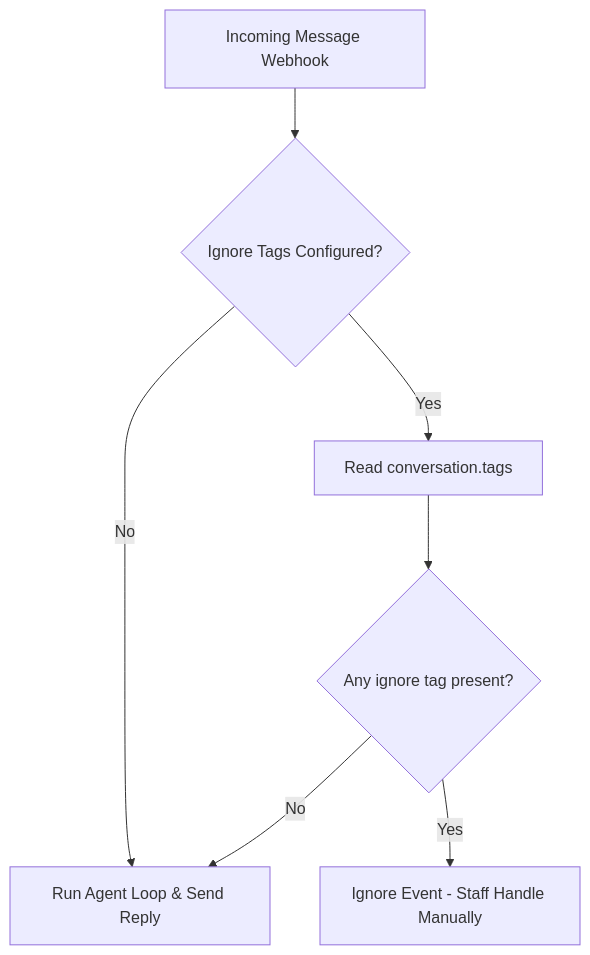
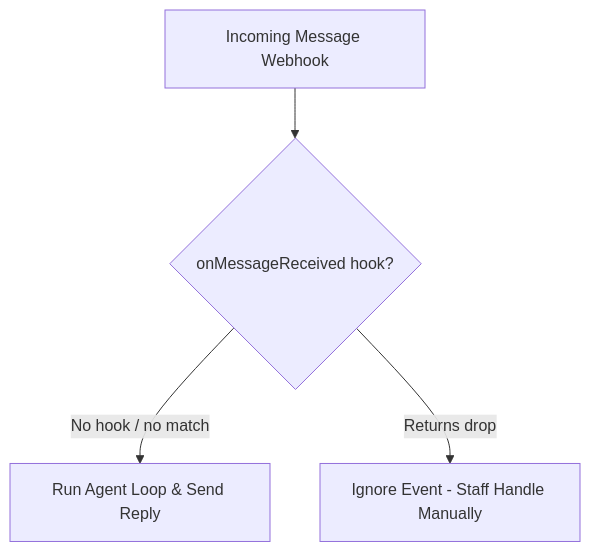
Before and after one commit to beeblastco/broods: the diagram in apps/docs/docs/channels/pancake.md, drawn with Mermaid. The commit also changed other lines of this file and 24 other files, not shown here.

````diff
--- a/apps/docs/docs/channels/pancake.md
+++ b/apps/docs/docs/channels/pancake.md
@@ -57,9 +73,6 @@
 ```mermaid
 flowchart TD
-    Webhook[Incoming Message Webhook] --> CheckHandoff{Ignore Tags Configured?}
-    CheckHandoff -- No --> ExecuteAgent[Run Agent Loop & Send Reply]
-    CheckHandoff -- Yes --> ReadTags[Read conversation.tags]
-    ReadTags --> HasTag{Any ignore tag present?}
-    HasTag -- No --> ExecuteAgent
-    HasTag -- Yes --> SkipAgent[Ignore Event - Staff Handle Manually]
+    Webhook[Incoming Message Webhook] --> Hook{onMessageReceived hook?}
+    Hook -- No hook / no match --> ExecuteAgent[Run Agent Loop & Send Reply]
+    Hook -- Returns drop --> SkipAgent[Ignore Event - Staff Handle Manually]
 ```
````
